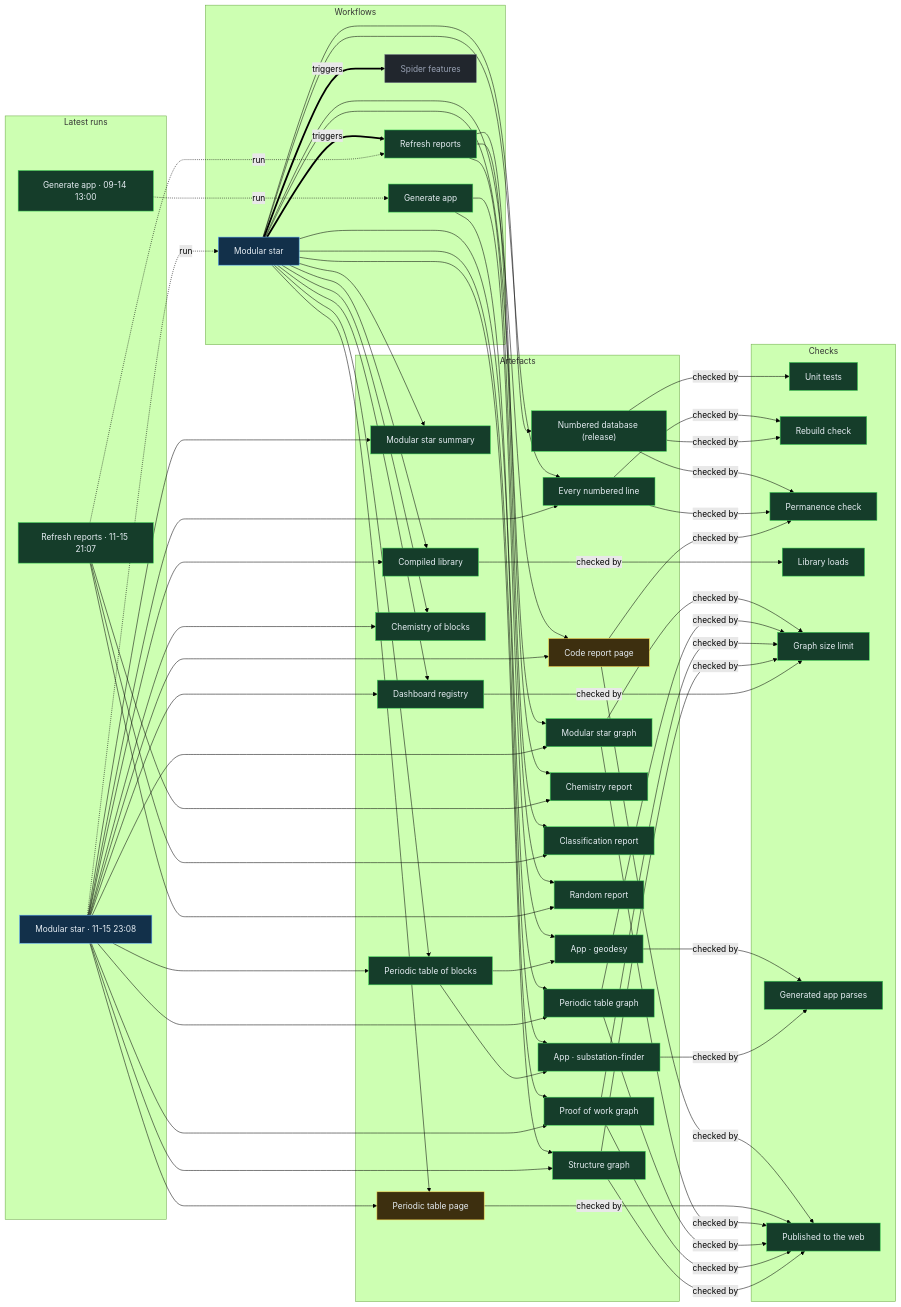
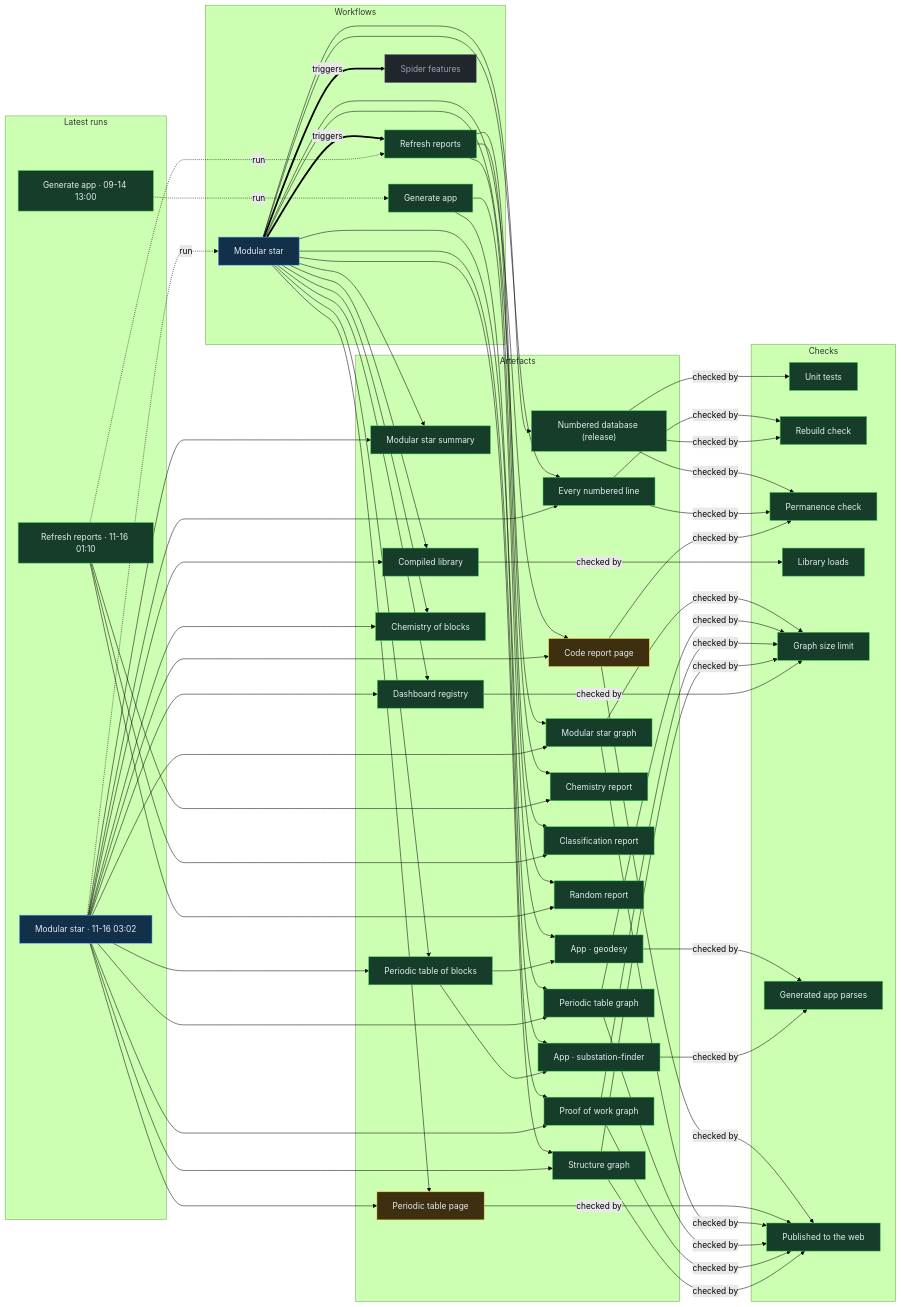
One commit to Ventusltd/stars changed the diagram in proof/PROOF.md. Above: the diagram before and after it, drawn with Mermaid (forest theme). The commit also changed other lines of this file and 149 other files, not shown here.

Commit message:
Modular star 2026-11-16T03:05Z

```diff
--- a/proof/PROOF.md
+++ b/proof/PROOF.md
@@ -24,8 +24,8 @@
   n_wf_spider_features["Spider features"]:::off
   end
   subgraph g_runs["Latest runs"]
-  n_run_43773155618["Modular star · 11-15 23:08"]:::live
-  n_run_43761858898["Refresh reports · 11-15 21:07"]:::ok
+  n_run_43795767143["Modular star · 11-16 03:02"]:::live
+  n_run_43784683822["Refresh reports · 11-16 01:10"]:::ok
   n_run_34846587798["Generate app · 09-14 13:00"]:::ok
   end
   subgraph g_artefacts["Artefacts"]
@@ -59,39 +59,39 @@
   end
   n_wf_modular_star == triggers ==> n_wf_refresh
   n_wf_modular_star == triggers ==> n_wf_spider_features
-  n_run_43773155618 -. run .-> n_wf_modular_star
-  n_run_43761858898 -. run .-> n_wf_refresh
+  n_run_43795767143 -. run .-> n_wf_modular_star
+  n_run_43784683822 -. run .-> n_wf_refresh
   n_run_34846587798 -. run .-> n_wf_generate
   n_wf_modular_star --> n_art_summary
-  n_run_43773155618 --> n_art_summary
+  n_run_43795767143 --> n_art_summary
   n_wf_modular_star --> n_art_lines
-  n_run_43773155618 --> n_art_lines
+  n_run_43795767143 --> n_art_lines
   n_wf_modular_star --> n_art_code
-  n_run_43773155618 --> n_art_code
+  n_run_43795767143 --> n_art_code
   n_wf_modular_star --> n_art_modular_graph
-  n_run_43773155618 --> n_art_modular_graph
+  n_run_43795767143 --> n_art_modular_graph
   n_wf_modular_star --> n_art_blocks
-  n_run_43773155618 --> n_art_blocks
+  n_run_43795767143 --> n_art_blocks
   n_wf_modular_star --> n_art_table
-  n_run_43773155618 --> n_art_table
+  n_run_43795767143 --> n_art_table
   n_wf_modular_star --> n_art_blocks_graph
-  n_run_43773155618 --> n_art_blocks_graph
+  n_run_43795767143 --> n_art_blocks_graph
   n_wf_modular_star --> n_art_reactions
-  n_run_43773155618 --> n_art_reactions
+  n_run_43795767143 --> n_art_reactions
   n_wf_modular_star --> n_art_library
-  n_run_43773155618 --> n_art_library
+  n_run_43795767143 --> n_art_library
   n_wf_modular_star --> n_art_features
-  n_run_43773155618 --> n_art_features
+  n_run_43795767143 --> n_art_features
   n_wf_modular_star --> n_art_proof
-  n_run_43773155618 --> n_art_proof
+  n_run_43795767143 --> n_art_proof
   n_wf_modular_star --> n_art_structure
-  n_run_43773155618 --> n_art_structure
+  n_run_43795767143 --> n_art_structure
   n_wf_refresh --> n_art_chemistry
-  n_run_43761858898 --> n_art_chemistry
+  n_run_43784683822 --> n_art_chemistry
   n_wf_refresh --> n_art_vedic
-  n_run_43761858898 --> n_art_vedic
+  n_run_43784683822 --> n_art_vedic
   n_wf_refresh --> n_art_random
-  n_run_43761858898 --> n_art_random
+  n_run_43784683822 --> n_art_random
   n_wf_modular_star --> n_art_release
   n_wf_generate --> n_app_geodesy
   n_art_blocks --> n_app_geodesy
```
